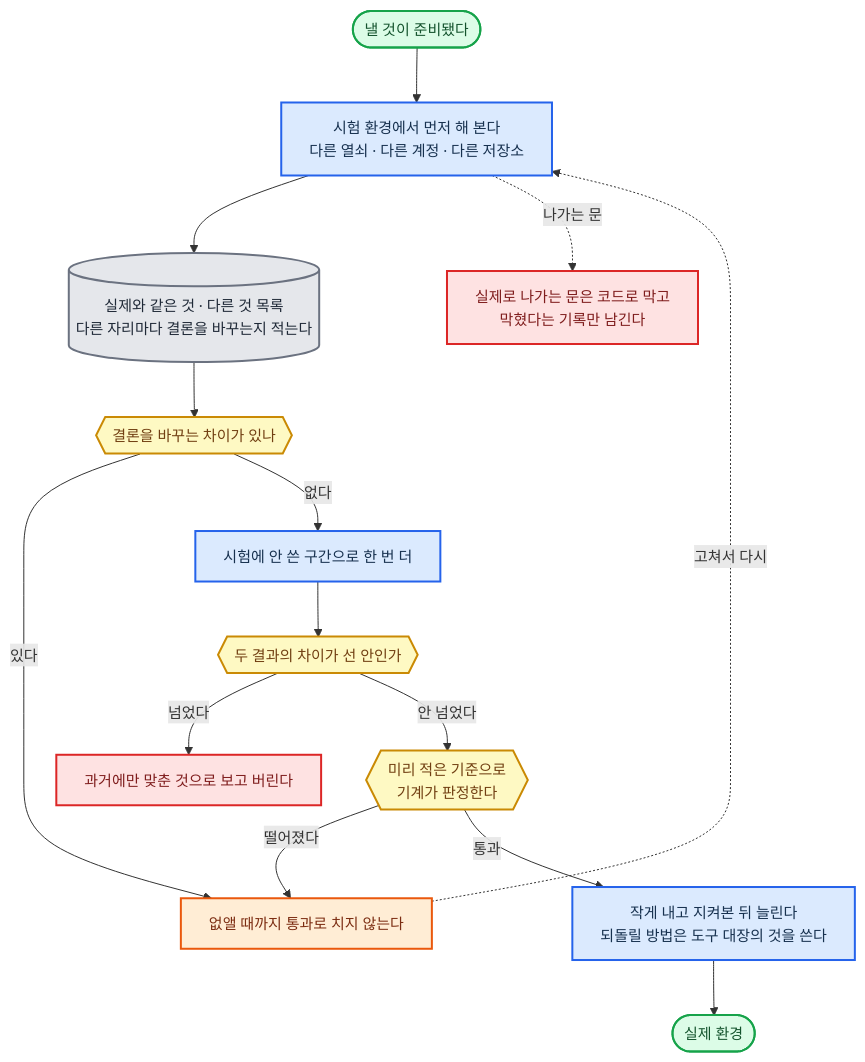
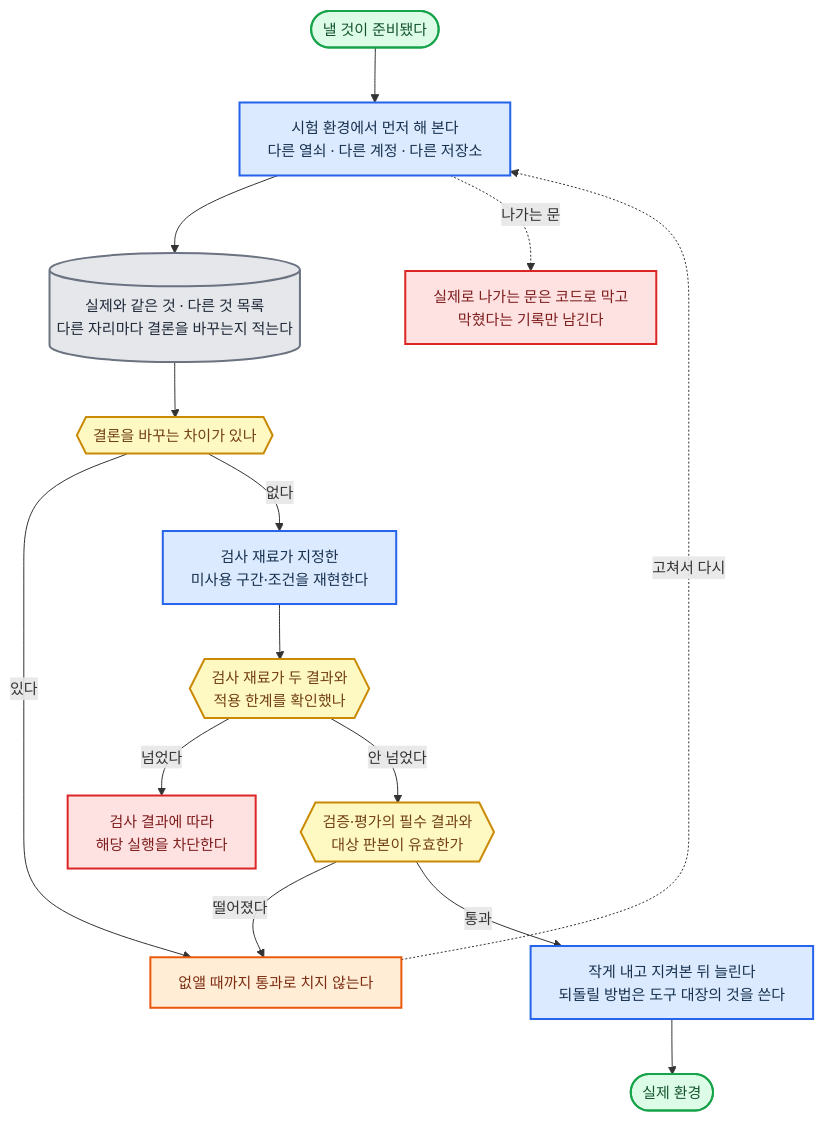
The seventh of 43 diagrams in 전문가 에이전트 정의 2.md (harisbaguette/expert), drawn with Mermaid before and after one commit. The commit also changed other lines of this file and 41 other files, not shown here.

````diff
--- a/전문가 에이전트 정의 2.md
+++ b/전문가 에이전트 정의 2.md
@@ -618,31 +552,31 @@
 ```mermaid
 %%{init: {"flowchart": {"wrappingWidth": 640, "curve": "basis", "nodeSpacing": 45, "rankSpacing": 55, "padding": 14, "useMaxWidth": true}, "themeVariables": {"fontSize": "15px"}} }%%
 flowchart TB
     PLAN(["낼 것이 준비됐다"]):::good
     SAND["시험 환경에서 먼저 해 본다<br/>다른 열쇠 · 다른 계정 · 다른 저장소"]:::main
     GATE["실제로 나가는 문은 코드로 막고<br/>막혔다는 기록만 남긴다"]:::stop
     LIST[("실제와 같은 것 · 다른 것 목록<br/>다른 자리마다 결론을 바꾸는지 적는다")]:::store
     Q1{{"결론을 바꾸는 차이가 있나"}}:::note
     FIX["없앨 때까지 통과로 치지 않는다"]:::back
-    OOS["시험에 안 쓴 구간으로 한 번 더"]:::main
-    Q2{{"두 결과의 차이가 선 안인가"}}:::note
-    DROPB["과거에만 맞춘 것으로 보고 버린다"]:::stop
-    JUDGE{{"미리 적은 기준으로<br/>기계가 판정한다"}}:::note
+    OOS["검사 재료가 지정한<br/>미사용 구간·조건을 재현한다"]:::main
+    Q2{{"검사 재료가 두 결과와<br/>적용 한계를 확인했나"}}:::note
+    DROPB["검사 결과에 따라<br/>해당 실행을 차단한다"]:::stop
+    JUDGE{{"검증·평가의 필수 결과와<br/>대상 판본이 유효한가"}}:::note
     SMALL["작게 내고 지켜본 뒤 늘린다<br/>되돌릴 방법은 도구 대장의 것을 쓴다"]:::main
     REAL(["실제 환경"]):::good
     PLAN --> SAND --> LIST --> Q1
     SAND -. "나가는 문" .-> GATE
     Q1 -- "있다" --> FIX
     Q1 -- "없다" --> OOS --> Q2
     Q2 -- "넘었다" --> DROPB
     Q2 -- "안 넘었다" --> JUDGE
     JUDGE -- "떨어졌다" --> FIX
     JUDGE -- "통과" --> SMALL --> REAL
     FIX -. "고쳐서 다시" .-> SAND
     classDef main fill:#dbeafe,stroke:#2563eb,stroke-width:2px,color:#17314f
     classDef stop fill:#fee2e2,stroke:#dc2626,stroke-width:2px,color:#7f1d1d
     classDef back fill:#ffedd5,stroke:#ea580c,stroke-width:2px,color:#7c2d12
     classDef store fill:#e5e7eb,stroke:#6b7280,stroke-width:2px,color:#1f2937
     classDef good fill:#dcfce7,stroke:#16a34a,stroke-width:2px,color:#14532d
     classDef note fill:#fef9c3,stroke:#ca8a04,stroke-width:2px,color:#713f12
 ```
````
